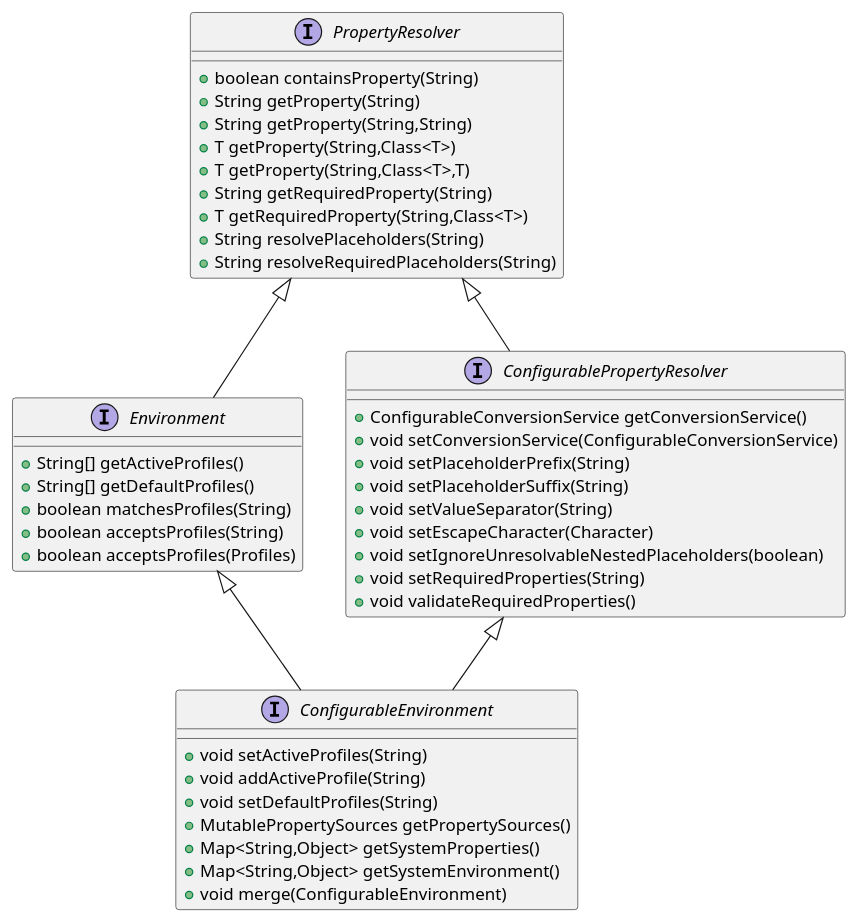
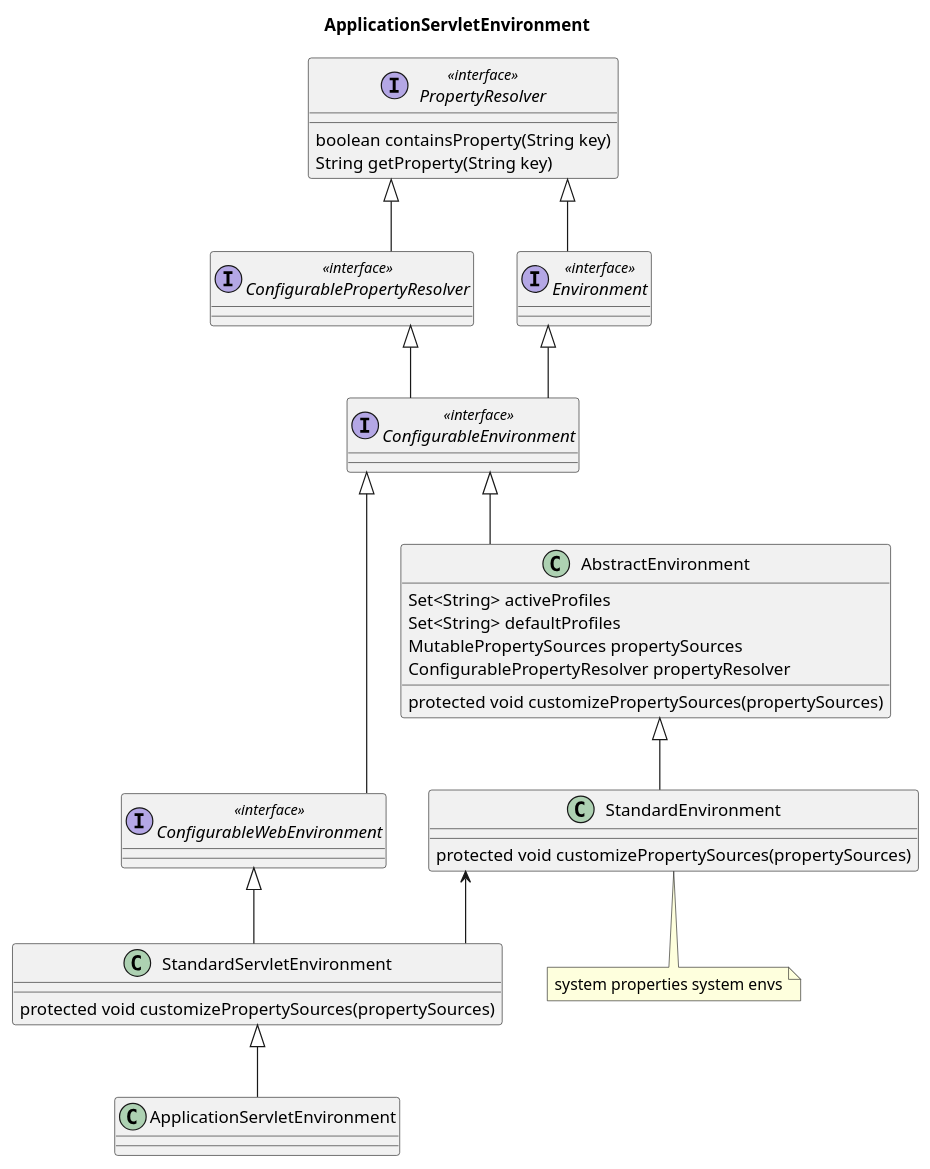
Before and after one commit to kevinwang930/kevinwang930.github.io: the sixth of 12 diagrams in content/post/java/spring/spring-boot.md, drawn with PlantUML. The commit also changed other lines of this file and 5 other files, not shown here.

````diff
--- a/content/post/java/spring/spring-boot.md
+++ b/content/post/java/spring/spring-boot.md
@@ -25,51 +131,45 @@
 ```plantuml
-interface PropertyResolver {
-+ boolean containsProperty(String)
-+ String getProperty(String)
-+ String getProperty(String,String)
-+ T getProperty(String,Class<T>)
-+ T getProperty(String,Class<T>,T)
-+ String getRequiredProperty(String)
-+ T getRequiredProperty(String,Class<T>)
-+ String resolvePlaceholders(String)
-+ String resolveRequiredPlaceholders(String)
-}
-
-interface Environment {
-+ String[] getActiveProfiles()
-+ String[] getDefaultProfiles()
-+ boolean matchesProfiles(String)
-+ boolean acceptsProfiles(String)
-+ boolean acceptsProfiles(Profiles)
-}
-
-interface ConfigurablePropertyResolver {
-    + ConfigurableConversionService getConversionService()
-    + void setConversionService(ConfigurableConversionService)
-    + void setPlaceholderPrefix(String)
-    + void setPlaceholderSuffix(String)
-    + void setValueSeparator(String)
-    + void setEscapeCharacter(Character)
-    + void setIgnoreUnresolvableNestedPlaceholders(boolean)
-    + void setRequiredProperties(String)
-    + void validateRequiredProperties()
-}
-
-interface ConfigurableEnvironment {
-+ void setActiveProfiles(String)
-+ void addActiveProfile(String)
-+ void setDefaultProfiles(String)
-+ MutablePropertySources getPropertySources()
-+ Map<String,Object> getSystemProperties()
-+ Map<String,Object> getSystemEnvironment()
-+ void merge(ConfigurableEnvironment)
-}
+title: ApplicationServletEnvironment
+skinparam linetype ortho
 
 
+' Declare interfaces
+interface PropertyResolver <<interface>> {
+    boolean containsProperty(String key)
+    String getProperty(String key)
+}
+interface ConfigurablePropertyResolver <<interface>>
+interface Environment <<interface>>
+interface ConfigurableEnvironment <<interface>>
+interface ConfigurableWebEnvironment <<interface>>
 
+' Declare classes
+class AbstractEnvironment {
+    Set<String> activeProfiles
+    Set<String> defaultProfiles
+    MutablePropertySources propertySources
+    ConfigurablePropertyResolver propertyResolver
+    protected void customizePropertySources(propertySources)
+}
+class StandardEnvironment {
+    protected void customizePropertySources(propertySources)
+}
+note "system properties system envs" as p1
+StandardEnvironment .. p1
+class StandardServletEnvironment {
+    protected void customizePropertySources(propertySources)
+}
+class ApplicationServletEnvironment
+
+' Define relationships with arrow pointing from class to interface (left to right)
+PropertyResolver <|-- ConfigurablePropertyResolver
 Environment <|-- ConfigurableEnvironment
-ConfigurablePropertyResolver <|-- ConfigurableEnvironment
-
-PropertyResolver <|-- ConfigurablePropertyResolver
 PropertyResolver <|-- Environment
+ConfigurablePropertyResolver<|-- ConfigurableEnvironment
+ConfigurableEnvironment <|-- ConfigurableWebEnvironment
+ConfigurableEnvironment <|-- AbstractEnvironment
+AbstractEnvironment  <|-- StandardEnvironment
+ StandardEnvironment  <-- StandardServletEnvironment
+ConfigurableWebEnvironment  <|-- StandardServletEnvironment
+StandardServletEnvironment <|-- ApplicationServletEnvironment        
 ```
````
